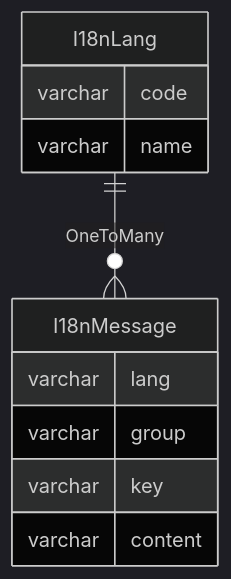
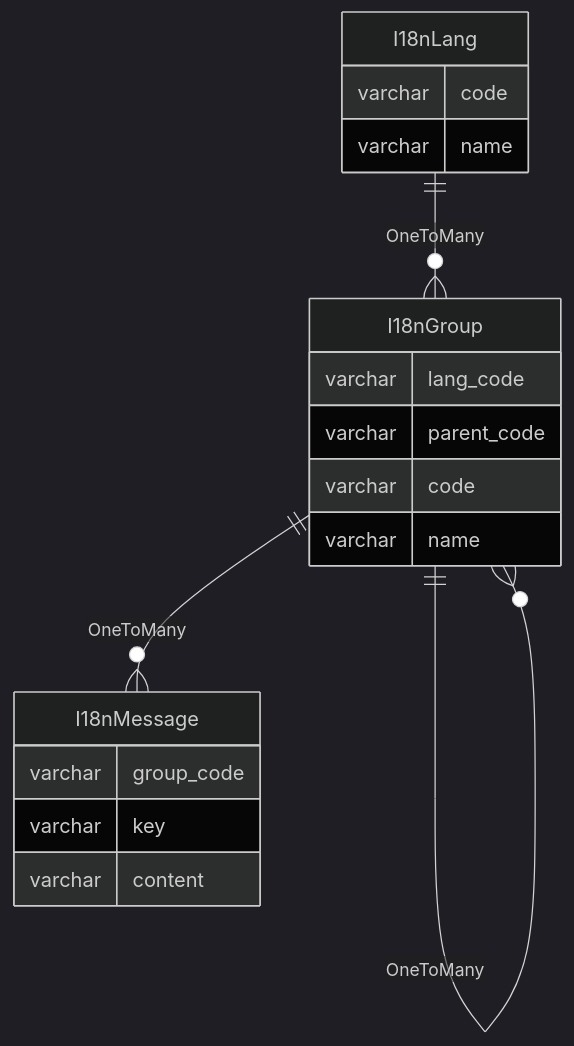
One commit to mrzhqiang/rowing changed the diagram in docs/1.develop/1.i18n.md. Above: the diagram before and after it, drawn with Mermaid (dark theme). The commit also changed other lines of this file, not shown here.

````diff
--- a/docs/1.develop/1.i18n.md
+++ b/docs/1.develop/1.i18n.md
@@ -74,16 +74,24 @@
 ```mermaid
 erDiagram
-I18nLang ||--o{ I18nMessage : OneToMany
+I18nLang ||--o{ I18nGroup : OneToMany
+I18nGroup ||--o{ I18nGroup : OneToMany
+I18nGroup ||--o{ I18nMessage : OneToMany
 
 I18nLang {
   varchar code
   varchar name
 }
 
+I18nGroup {
+  varchar lang_code
+  varchar parent_code
+  varchar code
+  varchar name
+}
+
 I18nMessage {
-  varchar lang
-  varchar group
+  varchar group_code
   varchar key
   varchar content
 }
 ```
````
